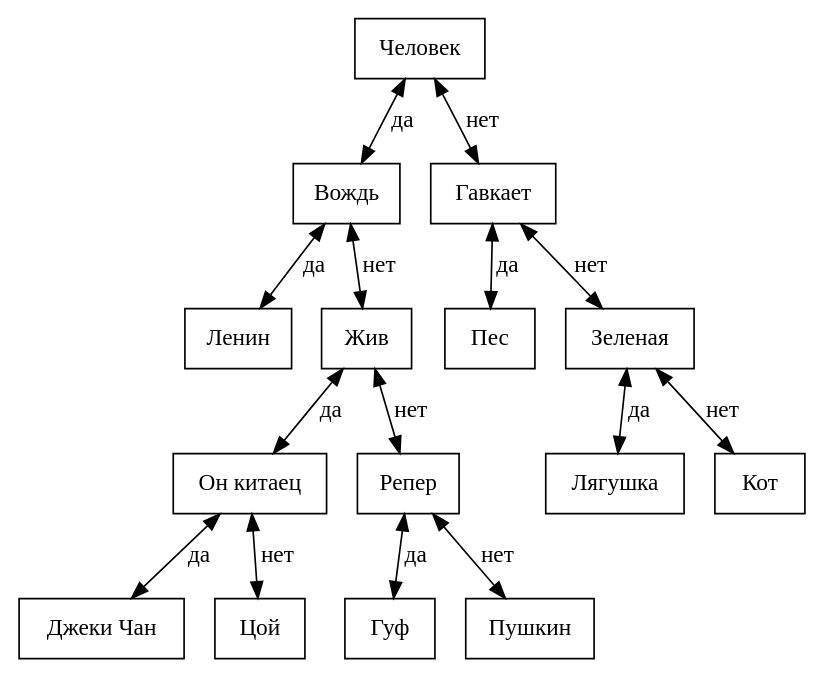
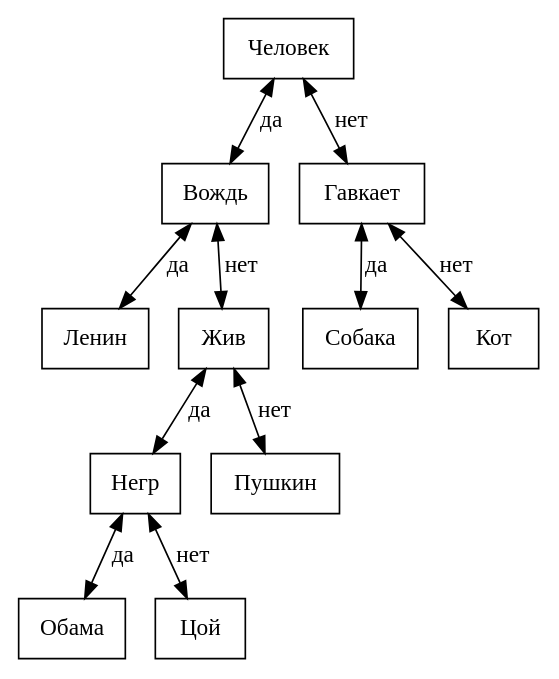
The diagram in Akinator/Debug/graph_tree3.gv (isgerasin/1sem), drawn with Graphviz before and after one commit. The commit also changed 31 other files, not shown here.

```diff
--- a/Akinator/Debug/graph_tree3.gv
+++ b/Akinator/Debug/graph_tree3.gv
@@ -1,18 +1,14 @@
 digraph Tree
 {
 	node[shape =polygon]; edge[dir=both];
 	"Человек"->"Вождь"[label = да]
 	"Вождь"->"Ленин"[label = да]
 	"Вождь"->"Жив"[label = нет]
-	"Жив"->"Он китаец"[label = да]
-	"Он китаец"->"Джеки Чан"[label = да]
-	"Он китаец"->"Цой"[label = нет]
-	"Жив"->"Репер"[label = нет]
-	"Репер"->"Гуф"[label = да]
-	"Репер"->"Пушкин"[label = нет]
+	"Жив"->"Негр"[label = да]
+	"Негр"->"Обама"[label = да]
+	"Негр"->"Цой"[label = нет]
+	"Жив"->"Пушкин"[label = нет]
 	"Человек"->"Гавкает"[label = нет]
-	"Гавкает"->"Пес"[label = да]
-	"Гавкает"->"Зеленая"[label = нет]
-	"Зеленая"->"Лягушка"[label = да]
-	"Зеленая"->"Кот"[label = нет]
+	"Гавкает"->"Собака"[label = да]
+	"Гавкает"->"Кот"[label = нет]
 }
```
